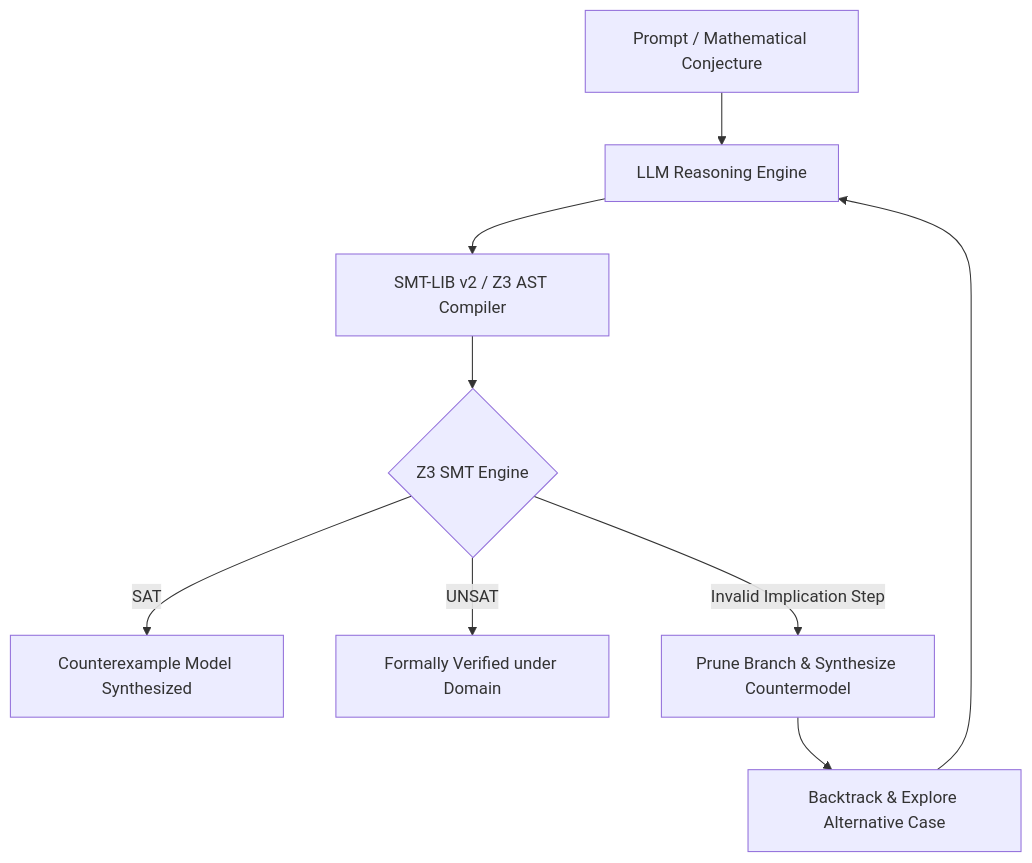
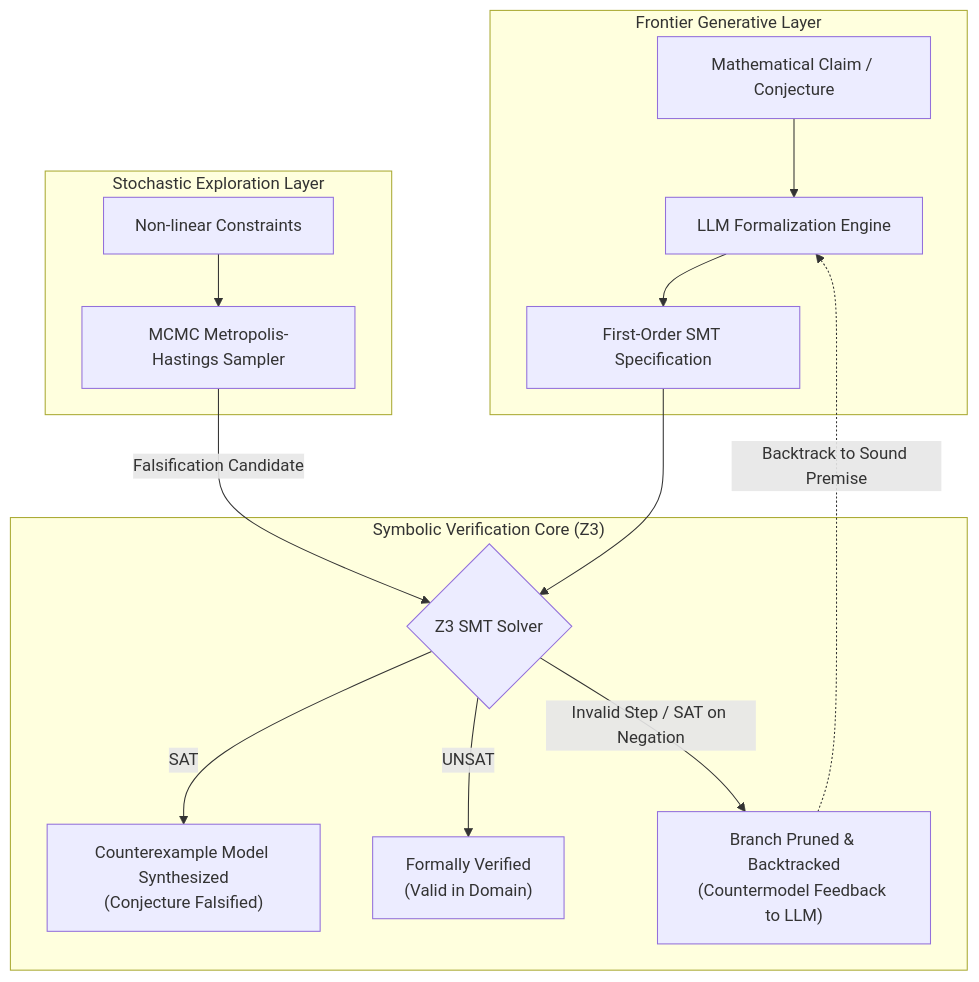
Before and after one commit to eliottrouvier/llm-z3-verifier: the diagram in README.md, drawn with Mermaid. The commit also changed other lines of this file, not shown here.

Commit message:
docs: publication-grade README with benchmarks and architecture diagrams

````diff
--- a/README.md
+++ b/README.md
@@ -28,11 +22,21 @@
 ```mermaid
 flowchart TD
-    A[Prompt / Mathematical Conjecture] --> B[LLM Reasoning Engine]
-    B --> C[SMT-LIB v2 / Z3 AST Compiler]
-    C --> D{Z3 SMT Engine}
-    D -->|SAT| E[Counterexample Model Synthesized]
-    D -->|UNSAT| F[Formally Verified under Domain]
-    D -->|Invalid Implication Step| G[Prune Branch & Synthesize Countermodel]
-    G --> H[Backtrack & Explore Alternative Case]
-    H --> B
+    subgraph Frontend ["Frontier Generative Layer"]
+        A["Mathematical Claim / Conjecture"] --> B["LLM Formalization Engine"]
+        B --> C["First-Order SMT Specification"]
+    end
+
+    subgraph SymbolicCore ["Symbolic Verification Core (Z3)"]
+        C --> D{"Z3 SMT Solver"}
+        D -->|SAT| E["Counterexample Model Synthesized<br/>(Conjecture Falsified)"]
+        D -->|UNSAT| F["Formally Verified<br/>(Valid in Domain)"]
+        D -->|Invalid Step / SAT on Negation| G["Branch Pruned & Backtracked<br/>(Countermodel Feedback to LLM)"]
+    end
+
+    subgraph StochasticLayer ["Stochastic Exploration Layer"]
+        H["Non-linear Constraints"] --> I["MCMC Metropolis-Hastings Sampler"]
+        I -->|Falsification Candidate| D
+    end
+
+    G -.->|Backtrack to Sound Premise| B
 ```
````
